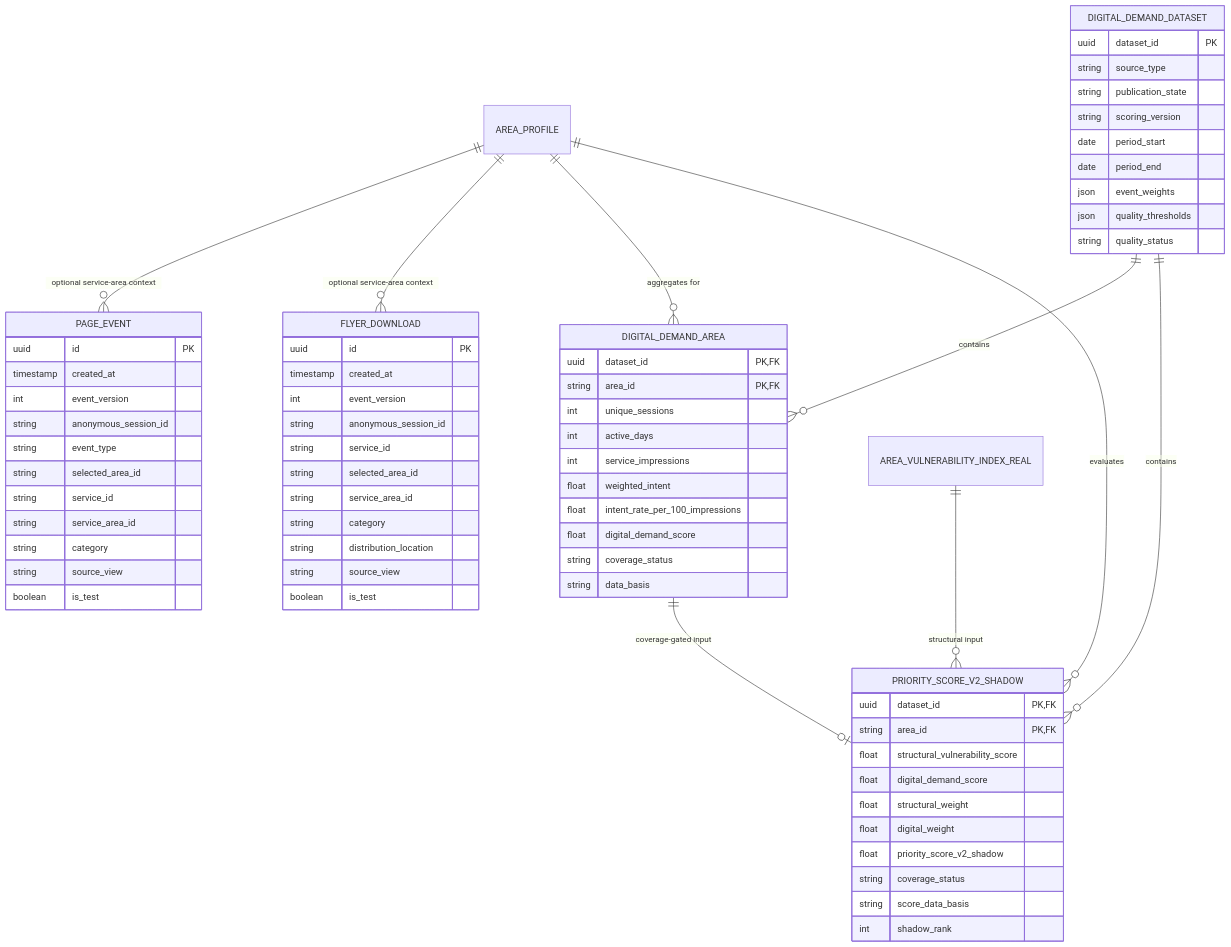
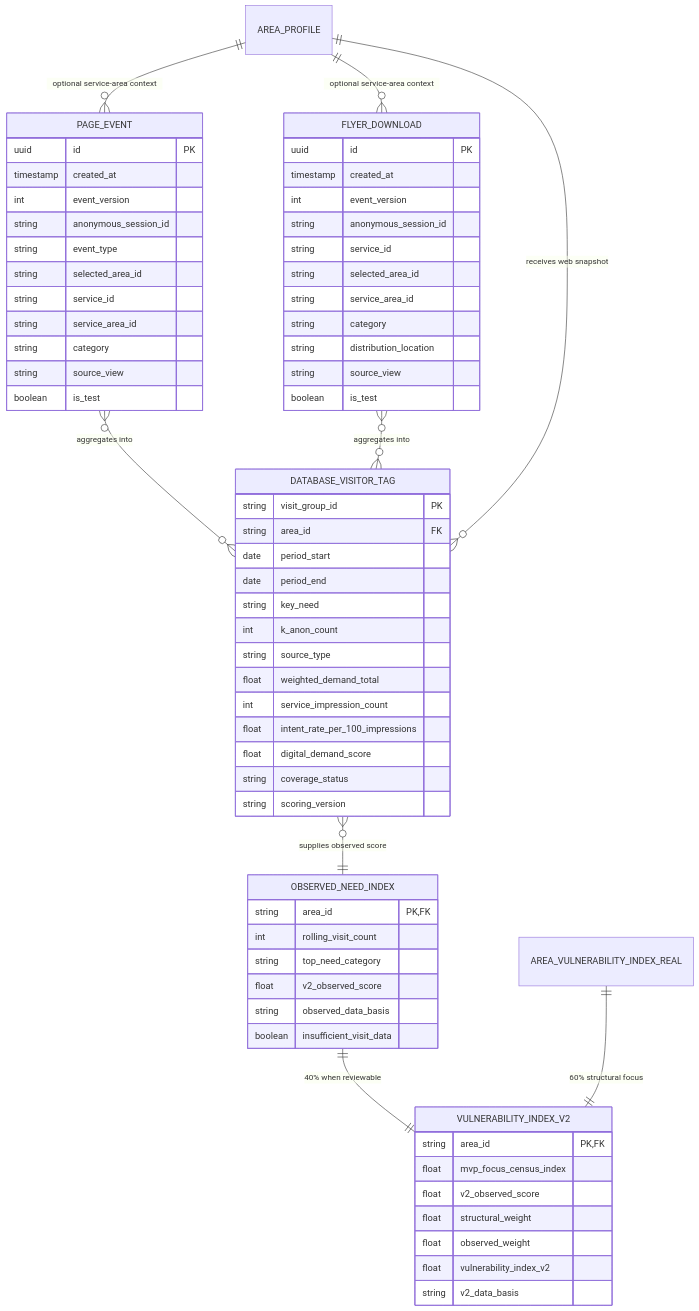
Before and after one commit to frondyff/comm_need_radar: the third of 3 diagrams in docs/mvp-system-erd.md, drawn with Mermaid. The commit also changed other lines of this file and 24 other files, not shown here.

Commit message:
Use web demand as observed V2 input

````diff
--- a/docs/mvp-system-erd.md
+++ b/docs/mvp-system-erd.md
@@ -297,77 +297,74 @@
 ```mermaid
 erDiagram
     AREA_PROFILE ||--o{ PAGE_EVENT : "optional service-area context"
     AREA_PROFILE ||--o{ FLYER_DOWNLOAD : "optional service-area context"
-    DIGITAL_DEMAND_DATASET ||--o{ DIGITAL_DEMAND_AREA : "contains"
-    AREA_PROFILE ||--o{ DIGITAL_DEMAND_AREA : "aggregates for"
-    DIGITAL_DEMAND_DATASET ||--o{ PRIORITY_SCORE_V2_SHADOW : "contains"
-    AREA_PROFILE ||--o{ PRIORITY_SCORE_V2_SHADOW : "evaluates"
-    AREA_VULNERABILITY_INDEX_REAL ||--o{ PRIORITY_SCORE_V2_SHADOW : "structural input"
-    DIGITAL_DEMAND_AREA ||--o| PRIORITY_SCORE_V2_SHADOW : "coverage-gated input"
+    PAGE_EVENT }o--o{ DATABASE_VISITOR_TAG : "aggregates into"
+    FLYER_DOWNLOAD }o--o{ DATABASE_VISITOR_TAG : "aggregates into"
+    AREA_PROFILE ||--o{ DATABASE_VISITOR_TAG : "receives web snapshot"
+    DATABASE_VISITOR_TAG }o--|| OBSERVED_NEED_INDEX : "supplies observed score"
+    OBSERVED_NEED_INDEX ||--|| VULNERABILITY_INDEX_V2 : "40% when reviewable"
+    AREA_VULNERABILITY_INDEX_REAL ||--|| VULNERABILITY_INDEX_V2 : "60% structural focus"
 
     PAGE_EVENT {
         uuid id PK
         timestamp created_at
         int event_version
         string anonymous_session_id
         string event_type
         string selected_area_id
         string service_id
         string service_area_id
         string category
         string source_view
         boolean is_test
     }
 
     FLYER_DOWNLOAD {
         uuid id PK
         timestamp created_at
         int event_version
         string anonymous_session_id
         string service_id
         string selected_area_id
         string service_area_id
         string category
         string distribution_location
         string source_view
         boolean is_test
     }
 
-    DIGITAL_DEMAND_DATASET {
-        uuid dataset_id PK
-        string source_type
-        string publication_state
-        string scoring_version
+    DATABASE_VISITOR_TAG {
+        string visit_group_id PK
+        string area_id FK
         date period_start
         date period_end
-        json event_weights
-        json quality_thresholds
-        string quality_status
-    }
-
-    DIGITAL_DEMAND_AREA {
-        uuid dataset_id PK, FK
-        string area_id PK, FK
-        int unique_sessions
-        int active_days
-        int service_impressions
-        float weighted_intent
+        string key_need
+        int k_anon_count
+        string source_type
+        float weighted_demand_total
+        int service_impression_count
         float intent_rate_per_100_impressions
         float digital_demand_score
         string coverage_status
-        string data_basis
+        string scoring_version
     }
 
-    PRIORITY_SCORE_V2_SHADOW {
-        uuid dataset_id PK, FK
+    OBSERVED_NEED_INDEX {
         string area_id PK, FK
-        float structural_vulnerability_score
-        float digital_demand_score
+        int rolling_visit_count
+        string top_need_category
+        float v2_observed_score
+        string observed_data_basis
+        boolean insufficient_visit_data
+    }
+
+    VULNERABILITY_INDEX_V2 {
+        string area_id PK, FK
+        float mvp_focus_census_index
+        float v2_observed_score
         float structural_weight
-        float digital_weight
-        float priority_score_v2_shadow
-        string coverage_status
-        string score_data_basis
-        int shadow_rank
+        float observed_weight
+        float vulnerability_index_v2
+        string v2_data_basis
     }
 ```
````
